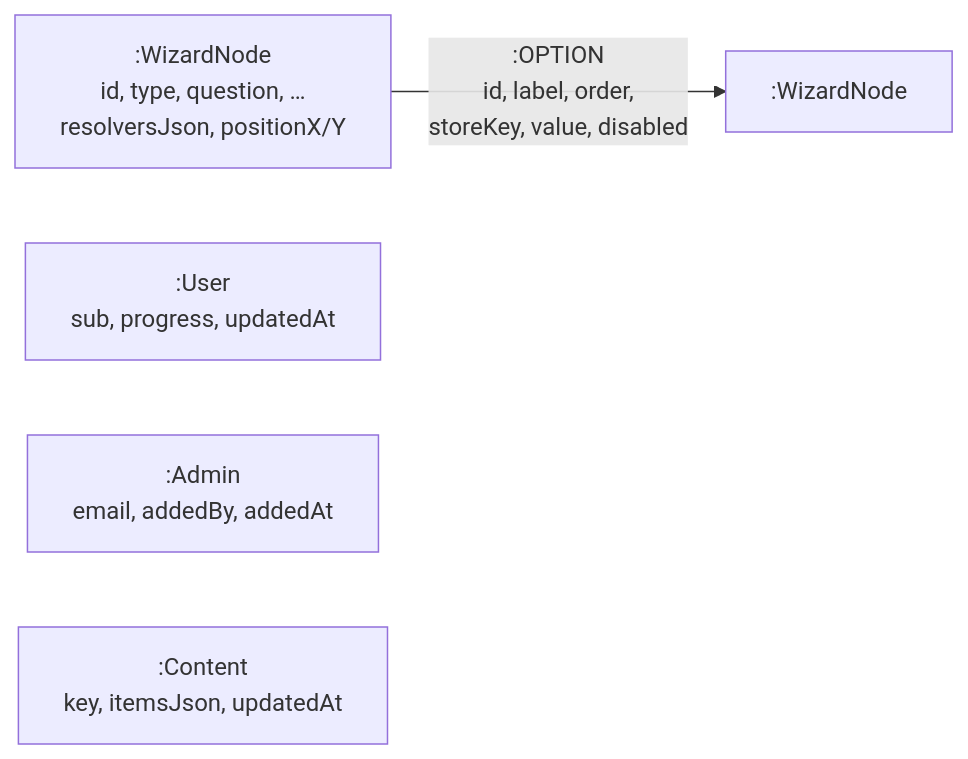
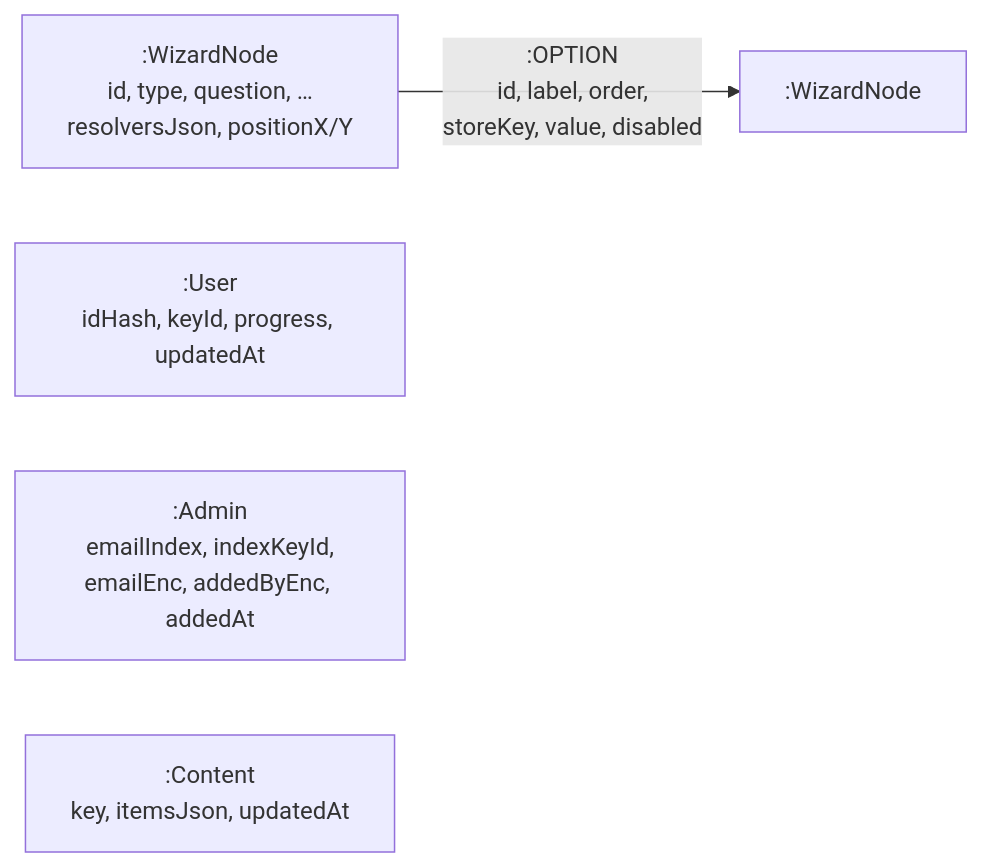
One commit to INFERable-app/USCCF-digital-planning-tool changed the diagram in docs/data-model.md. Above: the diagram before and after it, drawn with Mermaid. The commit also changed other lines of this file and 25 other files, not shown here.

Commit message:
Hash user ids and encrypt admin emails at rest with keyed migration on startup

````diff
--- a/docs/data-model.md
+++ b/docs/data-model.md
@@ -24,9 +24,9 @@
 ```mermaid
 flowchart LR
     WN1[":WizardNode<br/>id, type, question, …<br/>resolversJson, positionX/Y"]
     WN2[":WizardNode"]
     WN1 -- ":OPTION<br/>id, label, order,<br/>storeKey, value, disabled" --> WN2
-    U[":User<br/>sub, progress, updatedAt"]
-    A[":Admin<br/>email, addedBy, addedAt"]
+    U[":User<br/>idHash, keyId, progress, updatedAt"]
+    A[":Admin<br/>emailIndex, indexKeyId,<br/>emailEnc, addedByEnc, addedAt"]
     C[":Content<br/>key, itemsJson, updatedAt"]
 ```
````
